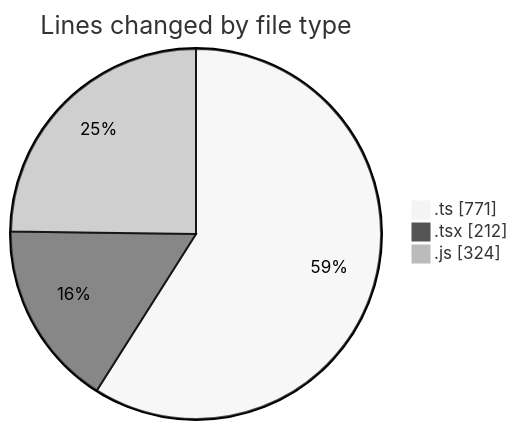
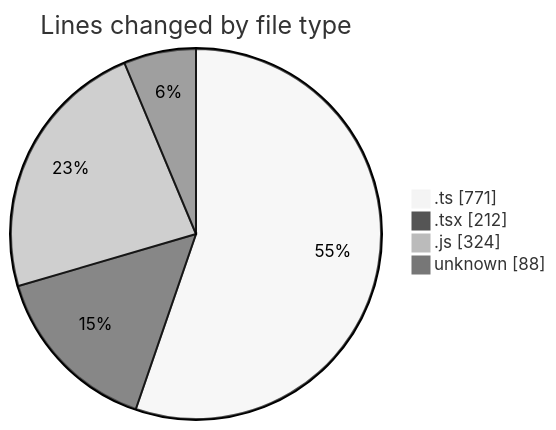
The first of 2 diagrams in 2026-03-11/cda/README.md (momahboobian/code-tracking), drawn with Mermaid (neutral theme) before and after one commit. The commit also changed other lines of this file and 1 other file, not shown here.

````diff
--- a/2026-03-11/cda/README.md
+++ b/2026-03-11/cda/README.md
@@ -24,7 +25,8 @@
 ```mermaid
 pie showData
 title Lines changed by file type
 ".ts" : 771
 ".tsx" : 212
 ".js" : 324
+"unknown" : 88
 ```
````
